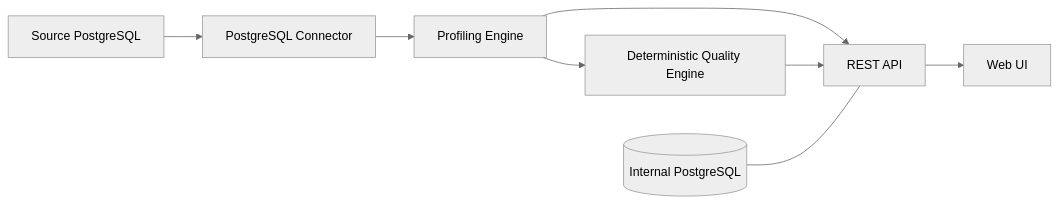
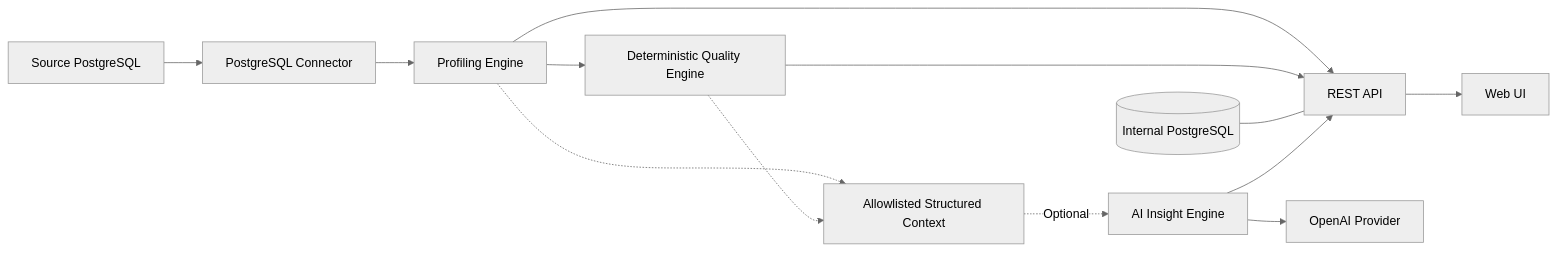
The diagram in README.md (jeanteixeira/datuvera), drawn with Mermaid (neutral theme) before and after one commit. The commit also changed other lines of this file and 17 other files, not shown here.

Commit message:
feat: add optional AI insights engine

````diff
--- a/README.md
+++ b/README.md
@@ -65,10 +66,15 @@
 ```mermaid
 flowchart LR
     PG[Source PostgreSQL] --> Connector[PostgreSQL Connector]
     Connector --> Profile[Profiling Engine]
     Profile --> Quality[Deterministic Quality Engine]
     Profile --> API[REST API]
     Quality --> API
     API --> Web[Web UI]
     Metadata[(Internal PostgreSQL)] --- API
+    Profile -.-> Context[Allowlisted Structured Context]
+    Quality -.-> Context
+    Context -. Optional .-> AI[AI Insight Engine]
+    AI --> Provider[OpenAI Provider]
+    AI --> API
 ```
````
